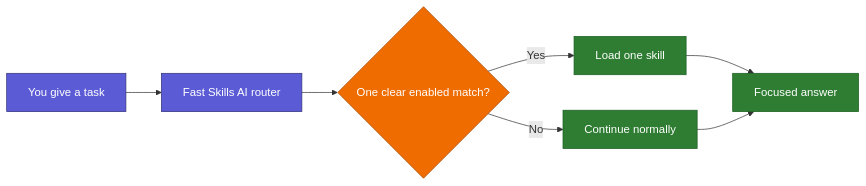
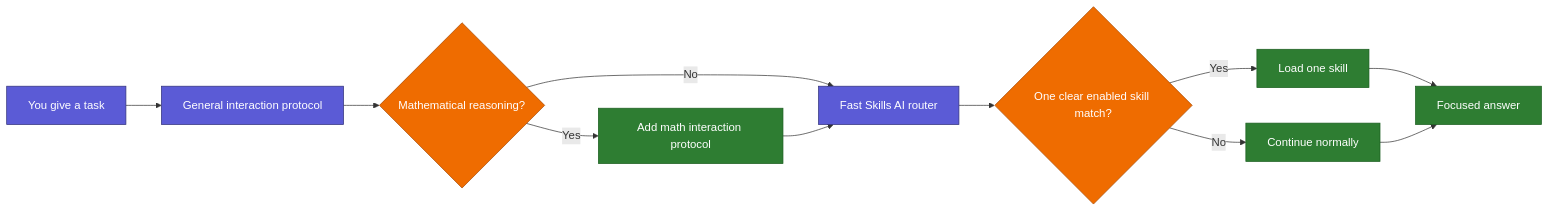
Before and after one commit to geekybobz/skills_ai: the diagram in README.md, drawn with Mermaid. The commit also changed other lines of this file and 199 other files, not shown here.

````diff
--- a/README.md
+++ b/README.md
@@ -18,16 +20,20 @@
 ```mermaid
 flowchart LR
-    U["You give a task"] --> R["Fast Skills AI router"]
-    R --> Q{"One clear enabled match?"}
+    U["You give a task"] --> P["General interaction protocol"]
+    P --> M{"Mathematical reasoning?"}
+    M -- "Yes" --> X["Add math interaction protocol"]
+    M -- "No" --> R["Fast Skills AI router"]
+    X --> R
+    R --> Q{"One clear enabled skill match?"}
     Q -- "Yes" --> S["Load one skill"]
     Q -- "No" --> N["Continue normally"]
     S --> A["Focused answer"]
     N --> A
 
     classDef entry fill:#5B5BD6,color:#fff,stroke:#32327A
     classDef choice fill:#EF6C00,color:#fff,stroke:#A64700
     classDef result fill:#2E7D32,color:#fff,stroke:#1B5E20
-    class U,R entry
-    class Q choice
-    class S,N,A result
+    class U,P,R entry
+    class M,Q choice
+    class X,S,N,A result
 ```
````
